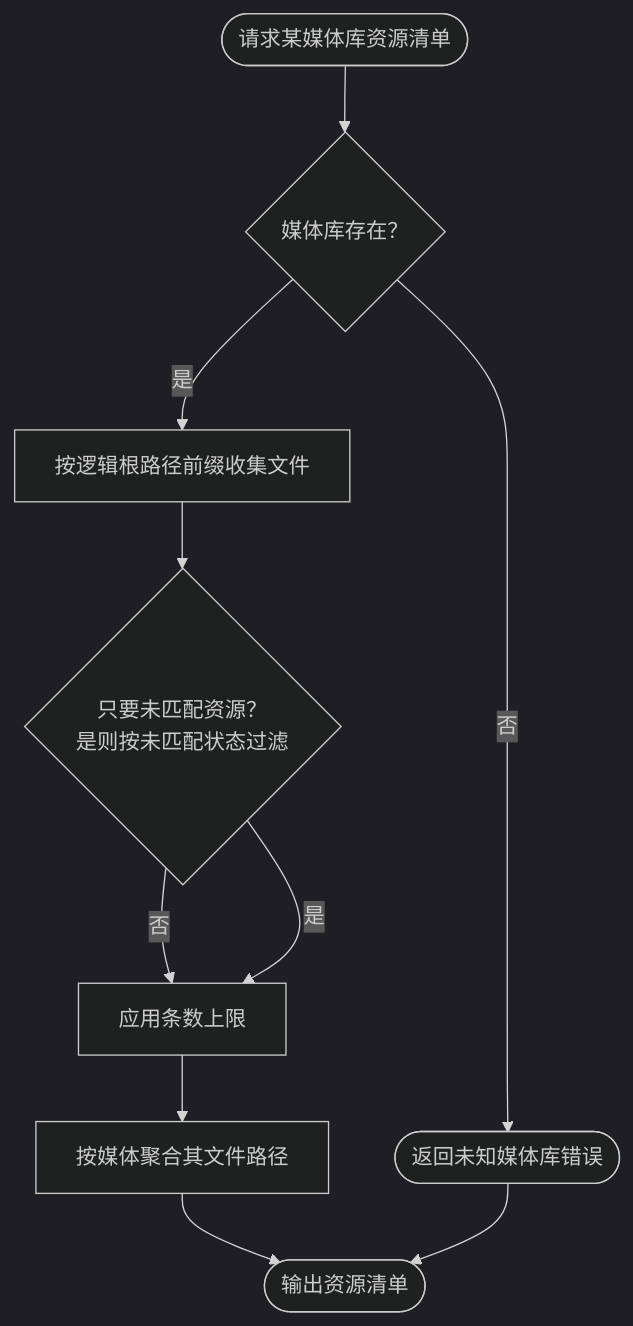
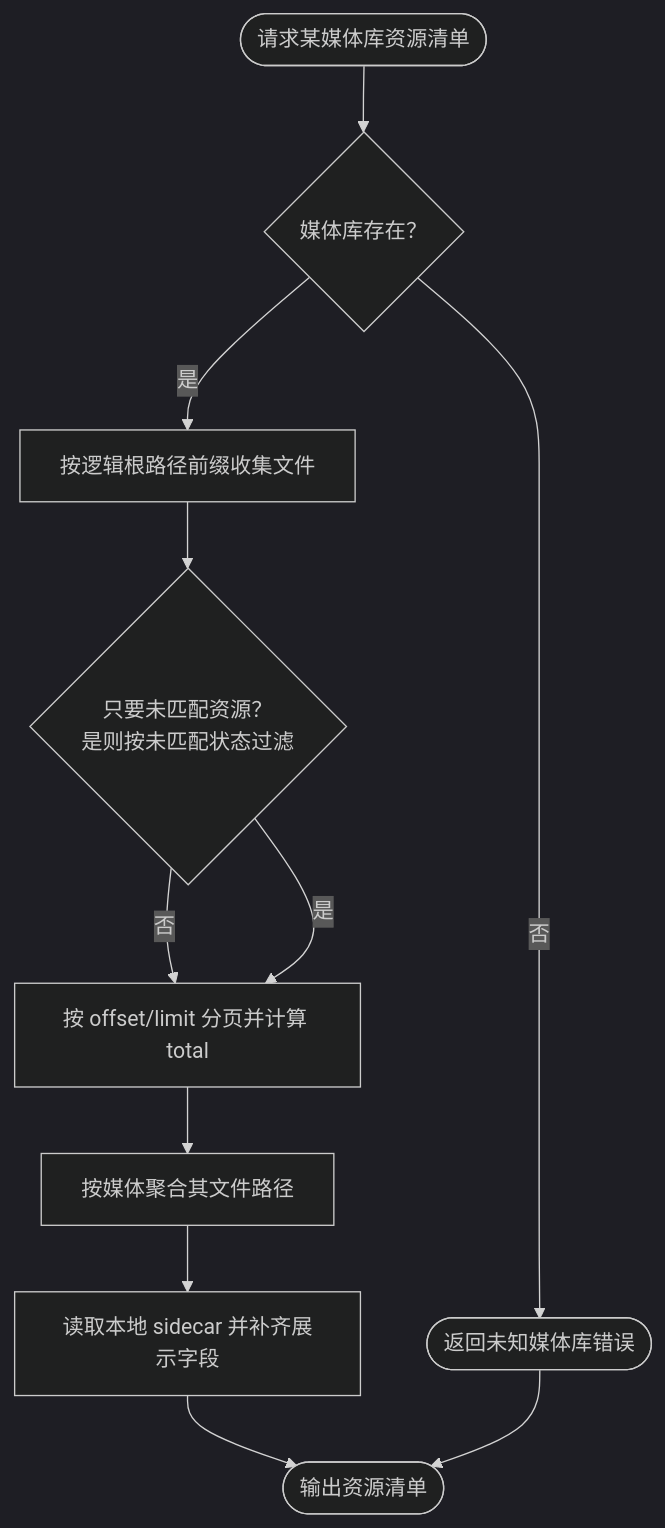
Before and after one commit to yunjies/knowledge-base: the sixth of 19 diagrams in assets/projects/home-media-pilot/feature-flow.md, drawn with Mermaid (dark theme). The commit also changed other lines of this file and 32 other files, not shown here.

````diff
--- a/assets/projects/home-media-pilot/feature-flow.md
+++ b/assets/projects/home-media-pilot/feature-flow.md
@@ -501,12 +501,13 @@
 ```mermaid
 flowchart TD
     START_RES(["请求某媒体库资源清单"]) --> LOAD_LIBRARY{"媒体库存在？"}
     LOAD_LIBRARY -- 否 --> RES_ERROR(["返回未知媒体库错误"])
     LOAD_LIBRARY -- 是 --> COLLECT_FILES["按逻辑根路径前缀收集文件"]
     COLLECT_FILES --> FILTER_UNMATCHED{"只要未匹配资源？<br/>是则按未匹配状态过滤"}
-    FILTER_UNMATCHED -- 否 --> APPLY_LIMIT["应用条数上限"]
+    FILTER_UNMATCHED -- 否 --> APPLY_LIMIT["按 offset/limit 分页并计算 total"]
     FILTER_UNMATCHED -- 是 --> APPLY_LIMIT
     APPLY_LIMIT --> GROUP_PATHS["按媒体聚合其文件路径"]
-    GROUP_PATHS --> RES_DONE(["输出资源清单"])
+    GROUP_PATHS --> READ_SIDECARS["读取本地 sidecar 并补齐展示字段"]
+    READ_SIDECARS --> RES_DONE(["输出资源清单"])
     RES_ERROR --> RES_DONE
 ```
````
